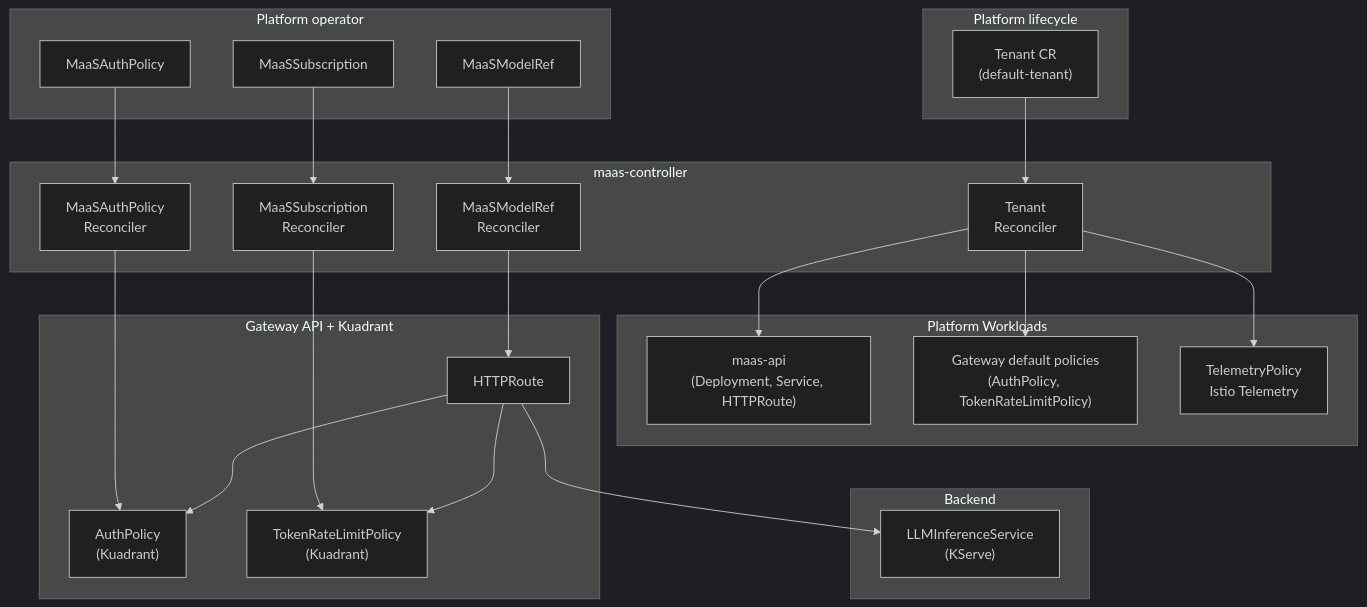
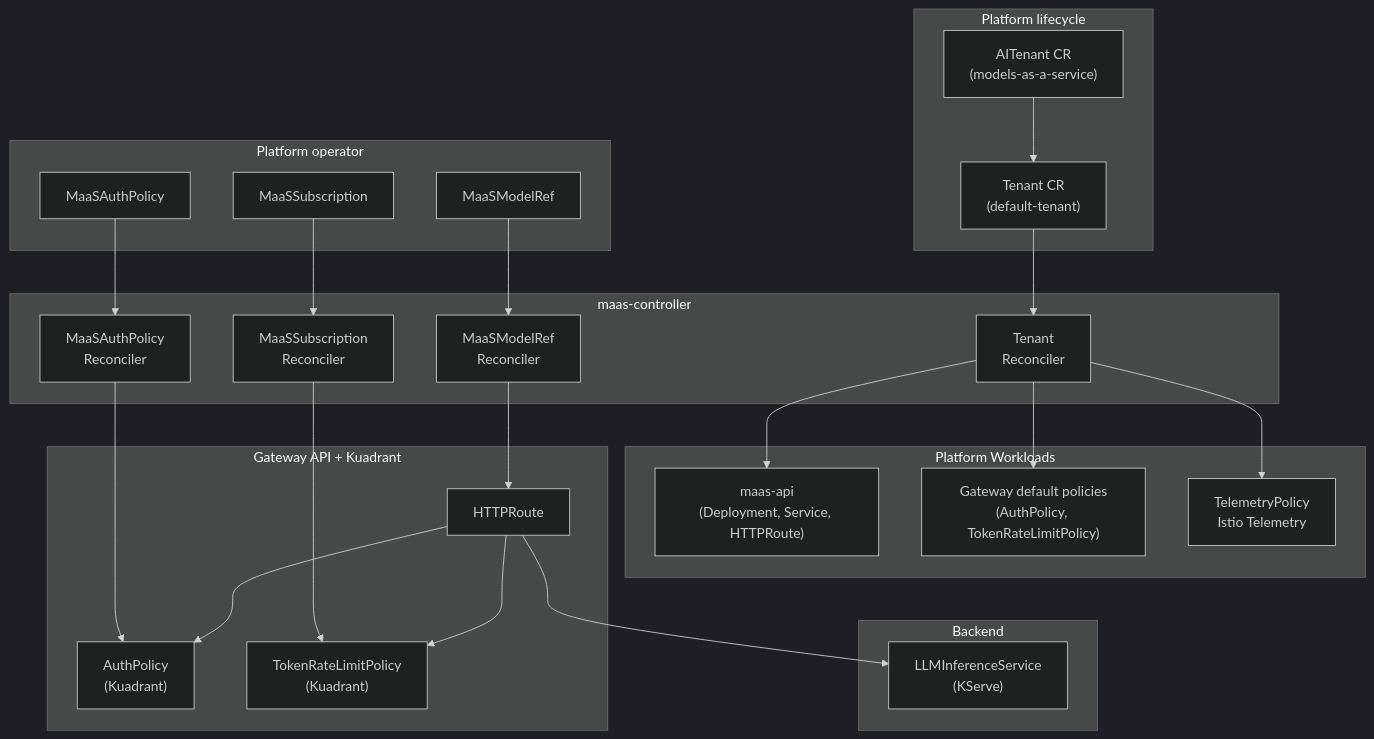
The first of 4 diagrams in docs/content/architecture-internals/controller-architecture.md (opendatahub-io/models-as-a-service), drawn with Mermaid (dark theme) before and after one commit. The commit also changed other lines of this file and 17 other files, not shown here.

````diff
--- a/docs/content/architecture-internals/controller-architecture.md
+++ b/docs/content/architecture-internals/controller-architecture.md
@@ -24,52 +24,54 @@
 ```mermaid
 flowchart TB
     subgraph Platform["Platform lifecycle"]
+        AITenant["AITenant CR\n(models-as-a-service)"]
         Tenant["Tenant CR\n(default-tenant)"]
     end
 
     subgraph Operator["Platform operator"]
         MaaSModelRef["MaaSModelRef"]
         MaaSAuthPolicy["MaaSAuthPolicy"]
         MaaSSubscription["MaaSSubscription"]
     end
 
     subgraph Controller["maas-controller"]
         TenantReconciler["Tenant\nReconciler"]
         ModelReconciler["MaaSModelRef\nReconciler"]
         AuthReconciler["MaaSAuthPolicy\nReconciler"]
         SubReconciler["MaaSSubscription\nReconciler"]
     end
 
     subgraph PlatformWorkloads["Platform Workloads"]
         MaaSAPI["maas-api\n(Deployment, Service, HTTPRoute)"]
         GatewayPolicies["Gateway default policies\n(AuthPolicy, TokenRateLimitPolicy)"]
         Telemetry["TelemetryPolicy\nIstio Telemetry"]
     end
 
     subgraph GatewayStack["Gateway API + Kuadrant"]
         HTTPRoute["HTTPRoute"]
         AuthPolicy["AuthPolicy\n(Kuadrant)"]
         TokenRateLimitPolicy["TokenRateLimitPolicy\n(Kuadrant)"]
     end
 
     subgraph Backend["Backend"]
         LLMIS["LLMInferenceService\n(KServe)"]
     end
 
+    AITenant --> Tenant
     Tenant --> TenantReconciler
     TenantReconciler --> MaaSAPI
     TenantReconciler --> GatewayPolicies
     TenantReconciler --> Telemetry
 
     MaaSModelRef --> ModelReconciler
     MaaSAuthPolicy --> AuthReconciler
     MaaSSubscription --> SubReconciler
 
     ModelReconciler --> HTTPRoute
     AuthReconciler --> AuthPolicy
     SubReconciler --> TokenRateLimitPolicy
 
     HTTPRoute --> AuthPolicy
     HTTPRoute --> TokenRateLimitPolicy
     HTTPRoute --> LLMIS
 ```
````
